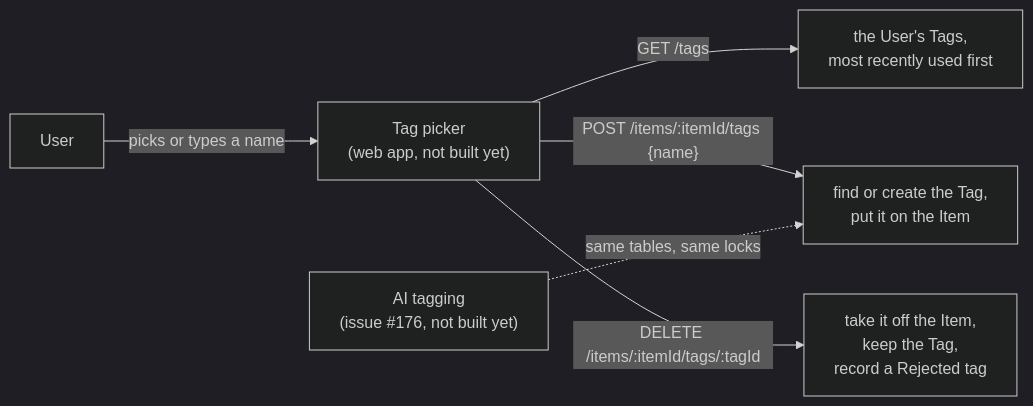
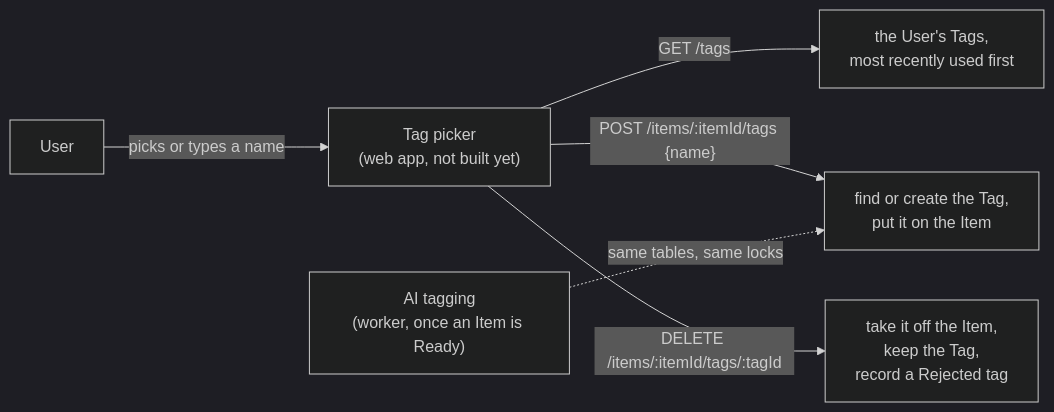
The diagram in docs/tags.md (souravdotdev/Resonory), drawn with Mermaid (dark theme) before and after one commit. The commit also changed other lines of this file and 10 other files, not shown here.

First line of the commit message:
docs: describe AI tagging as built (#178)

````diff
--- a/docs/tags.md
+++ b/docs/tags.md
@@ -9,8 +9,8 @@
 ```mermaid
 flowchart LR
     U["User"] -- "picks or types a name" --> P["Tag picker<br/>(web app, not built yet)"]
     P -- "GET /tags" --> L["the User's Tags,<br/>most recently used first"]
     P -- "POST /items/:itemId/tags {name}" --> T["find or create the Tag,<br/>put it on the Item"]
     P -- "DELETE /items/:itemId/tags/:tagId" --> R["take it off the Item,<br/>keep the Tag,<br/>record a Rejected tag"]
-    AI["AI tagging<br/>(issue #176, not built yet)"] -. "same tables, same locks" .-> T
+    AI["AI tagging<br/>(worker, once an Item is Ready)"] -. "same tables, same locks" .-> T
 ```
````
